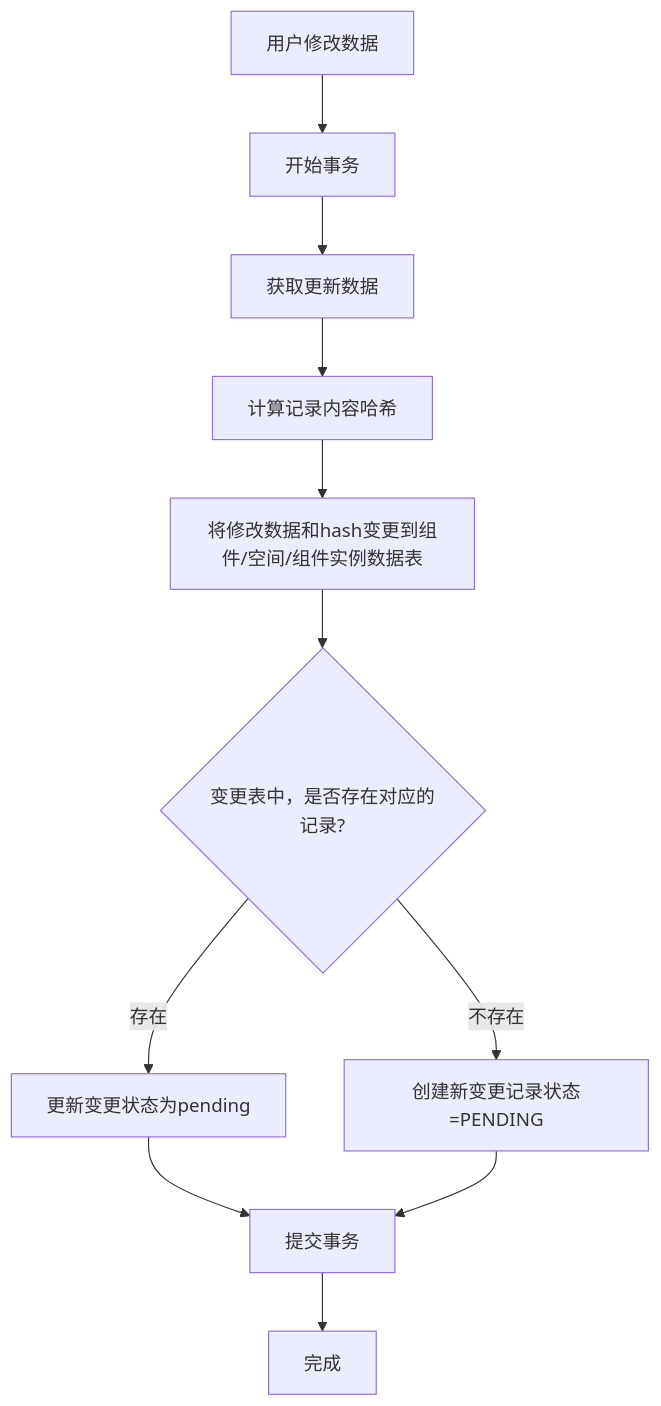
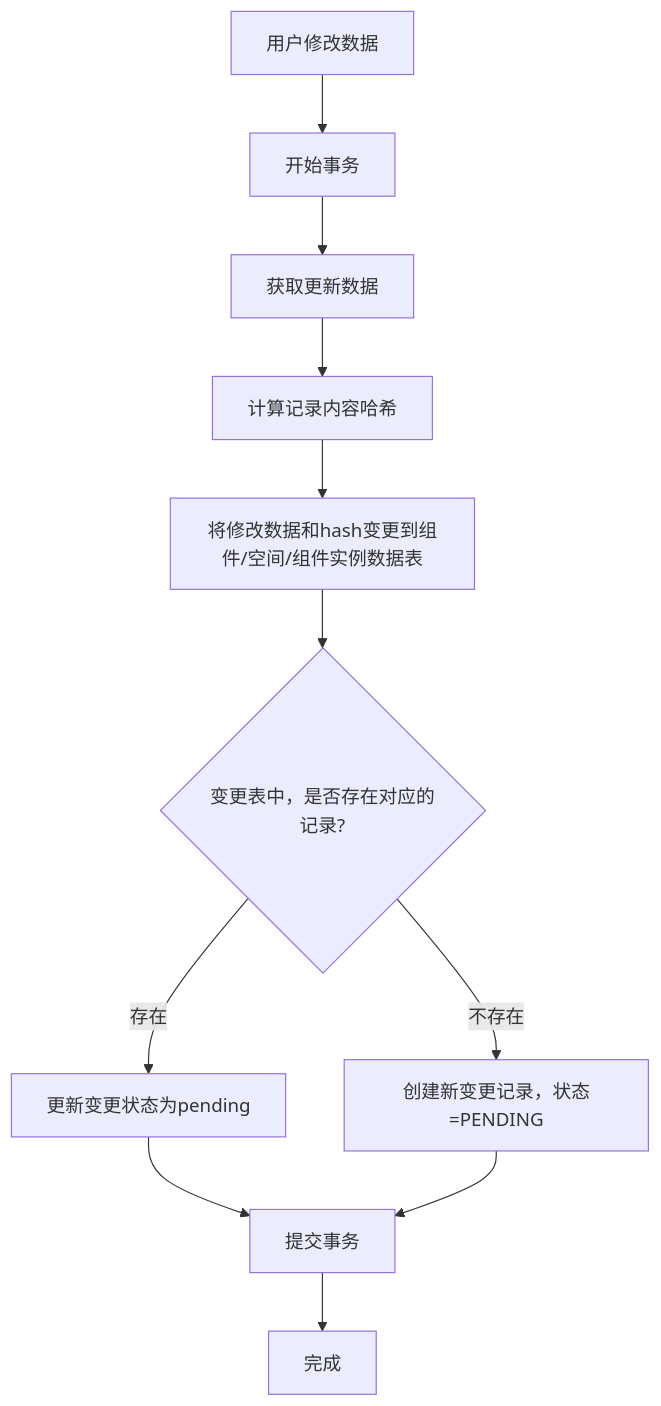
The diagram in all/未命名-42.md (yingjianzh/iodraw-files), drawn with Mermaid before and after one commit.

Commit message:
2025-04-24 15:29:01 update

````diff
--- a/all/未命名-42.md
+++ b/all/未命名-42.md
@@ -1,16 +1,16 @@
 ```mermaid
 flowchart TD
     Start[用户修改数据] --> StartTransaction[开始事务]
     StartTransaction --> UpdateRecord[获取更新数据]
     UpdateRecord --> ComputeHash[计算记录内容哈希]
     ComputeHash --> SaveHash[将修改数据和hash变更到组件/空间/组件实例数据表]
    
     
     SaveHash --> CheckChangeExists{变更表中，是否存在对应的记录?}
     CheckChangeExists -- 存在 --> UpdateChange[更新变更状态为pending]
-    CheckChangeExists -- 不存在 --> CreateChange[创建新变更记录状态=PENDING]
+    CheckChangeExists -- 不存在 --> CreateChange[创建新变更记录，状态=PENDING]
     
     UpdateChange --> CommitTransaction[提交事务]
     CreateChange --> CommitTransaction
     CommitTransaction --> End[完成]
 ```
````
